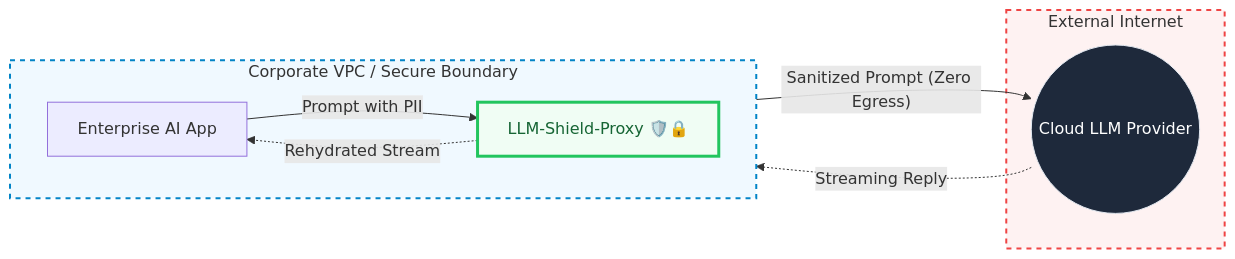
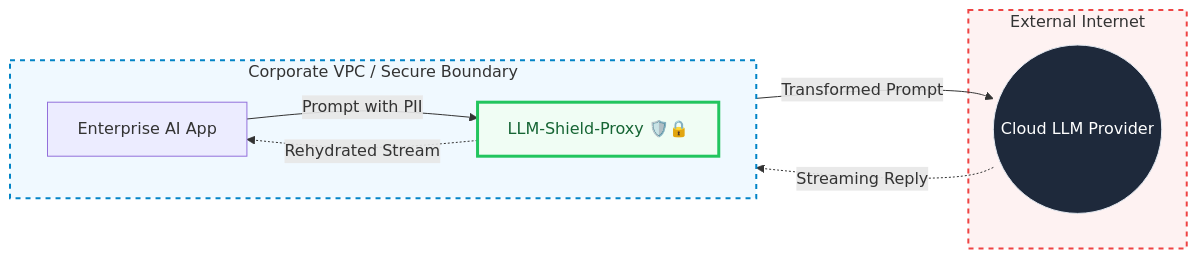
One commit to ninadphalak/LLM-Shield-Proxy changed the first of 2 diagrams in website/docs/features/deployment-topologies.md. Above: the diagram before and after it, drawn with Mermaid. The commit also changed other lines of this file and 81 other files, not shown here.

````diff
--- a/website/docs/features/deployment-topologies.md
+++ b/website/docs/features/deployment-topologies.md
@@ -13,22 +17,22 @@
 ```mermaid
 flowchart LR
     subgraph VPC [Corporate VPC / Secure Boundary]
         direction LR
         App[Enterprise AI App]
         Proxy[LLM-Shield-Proxy 🛡️🔒]
         App -- "Prompt with PII" --> Proxy
     end
 
     subgraph Internet [External Internet]
         LLM((Cloud LLM Provider))
     end
 
-    Proxy -- "Sanitized Prompt (Zero Egress)" --> LLM
+    Proxy -- "Transformed Prompt" --> LLM
     LLM -. "Streaming Reply" .-> Proxy
     Proxy -. "Rehydrated Stream" .-> App
 
     style VPC fill:#f0f9ff,stroke:#0284c7,stroke-width:2px,stroke-dasharray: 5 5
     style Internet fill:#fef2f2,stroke:#ef4444,stroke-width:2px,stroke-dasharray: 5 5
     style Proxy fill:#f0fdf4,stroke:#22c55e,stroke-width:3px,color:#166534
     style LLM fill:#1e293b,stroke:#e2e8f0,color:#fff
 ```
````
